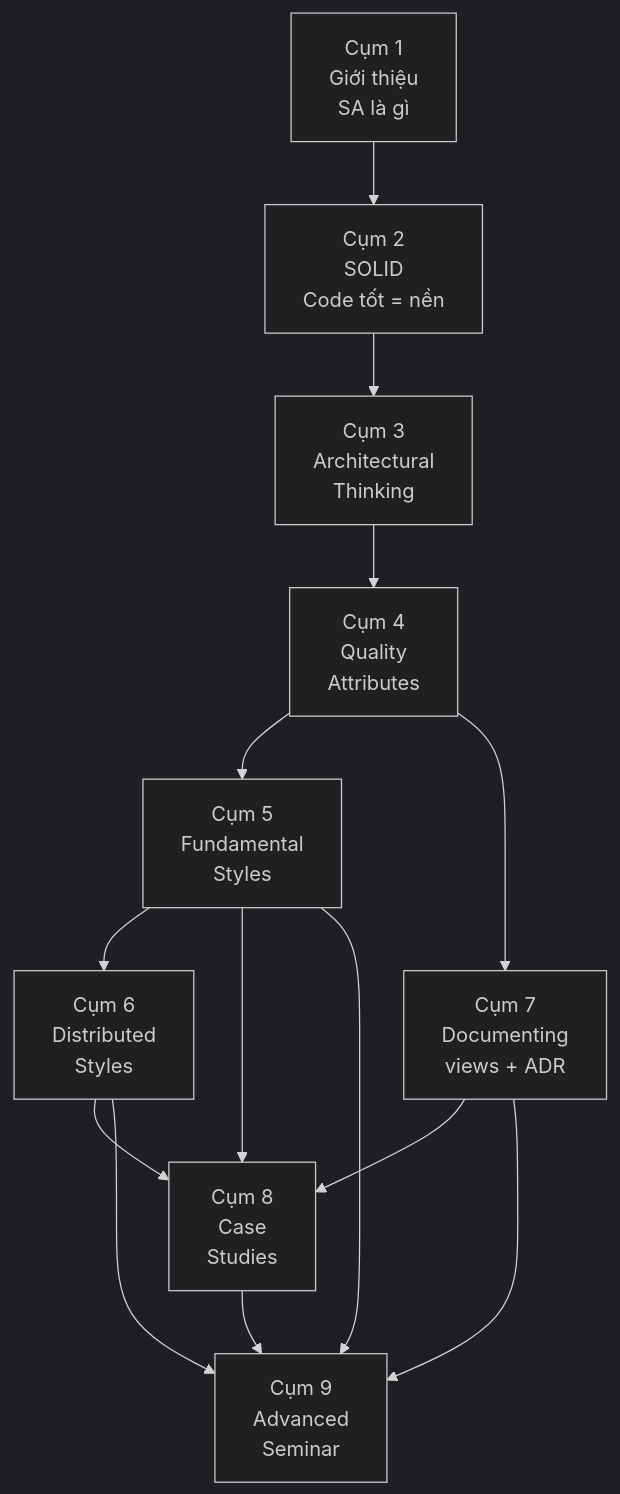
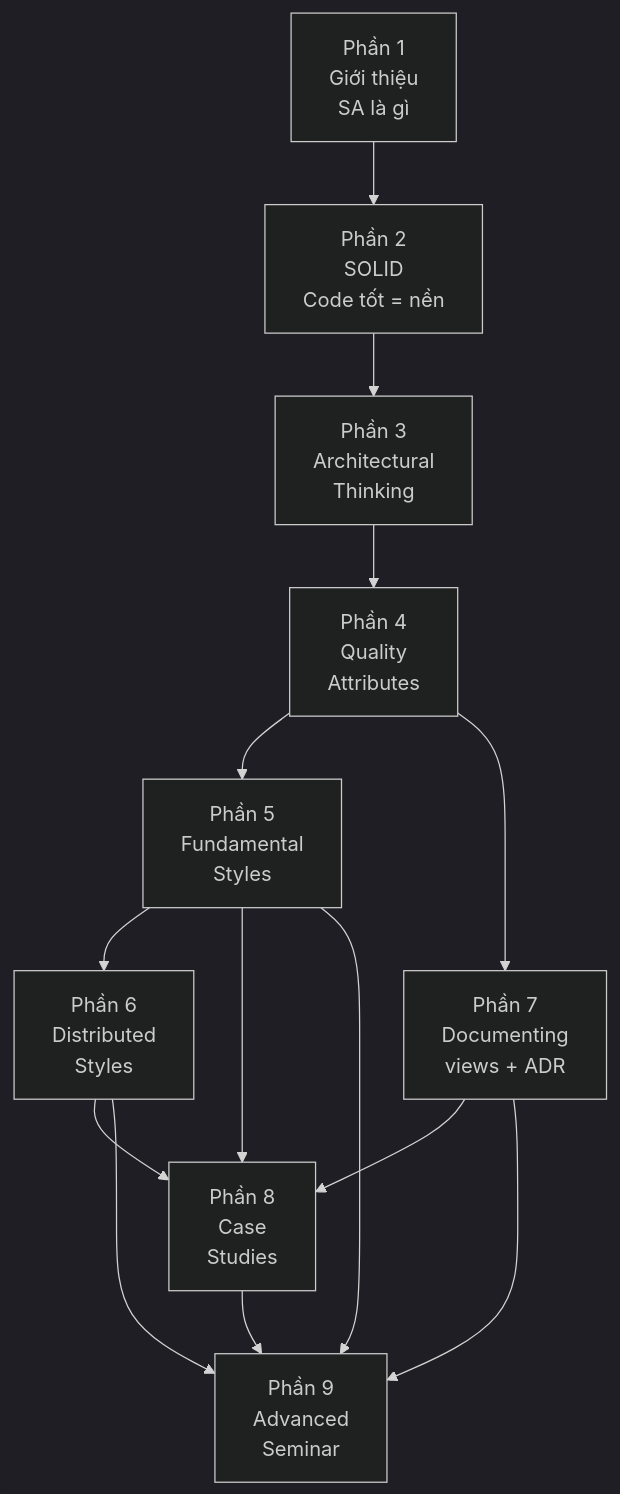
The diagram in docs/resources/course-summary.md (tuandung222/software-architecture-foundation), drawn with Mermaid (dark theme) before and after one commit. The commit also changed other lines of this file and 62 other files, not shown here.

````diff
--- a/docs/resources/course-summary.md
+++ b/docs/resources/course-summary.md
@@ -14,26 +14,26 @@
 ```mermaid
 graph TD
-    C1[Cụm 1<br/>Giới thiệu<br/>SA là gì]
-    C2[Cụm 2<br/>SOLID<br/>Code tốt = nền]
-    C3[Cụm 3<br/>Architectural<br/>Thinking]
-    C4[Cụm 4<br/>Quality<br/>Attributes]
-    C5[Cụm 5<br/>Fundamental<br/>Styles]
-    C6[Cụm 6<br/>Distributed<br/>Styles]
-    C7[Cụm 7<br/>Documenting<br/>views + ADR]
-    C8[Cụm 8<br/>Case<br/>Studies]
-    C9[Cụm 9<br/>Advanced<br/>Seminar]
+    C1[Phần 1<br/>Giới thiệu<br/>SA là gì]
+    C2[Phần 2<br/>SOLID<br/>Code tốt = nền]
+    C3[Phần 3<br/>Architectural<br/>Thinking]
+    C4[Phần 4<br/>Quality<br/>Attributes]
+    C5[Phần 5<br/>Fundamental<br/>Styles]
+    C6[Phần 6<br/>Distributed<br/>Styles]
+    C7[Phần 7<br/>Documenting<br/>views + ADR]
+    C8[Phần 8<br/>Case<br/>Studies]
+    C9[Phần 9<br/>Advanced<br/>Seminar]
     
     C1 --> C2
     C2 --> C3
     C3 --> C4
     C4 --> C5
     C5 --> C6
     C4 --> C7
     C5 --> C8
     C6 --> C8
     C7 --> C8
     C8 --> C9
     C5 --> C9
     C6 --> C9
     C7 --> C9
 ```
````
